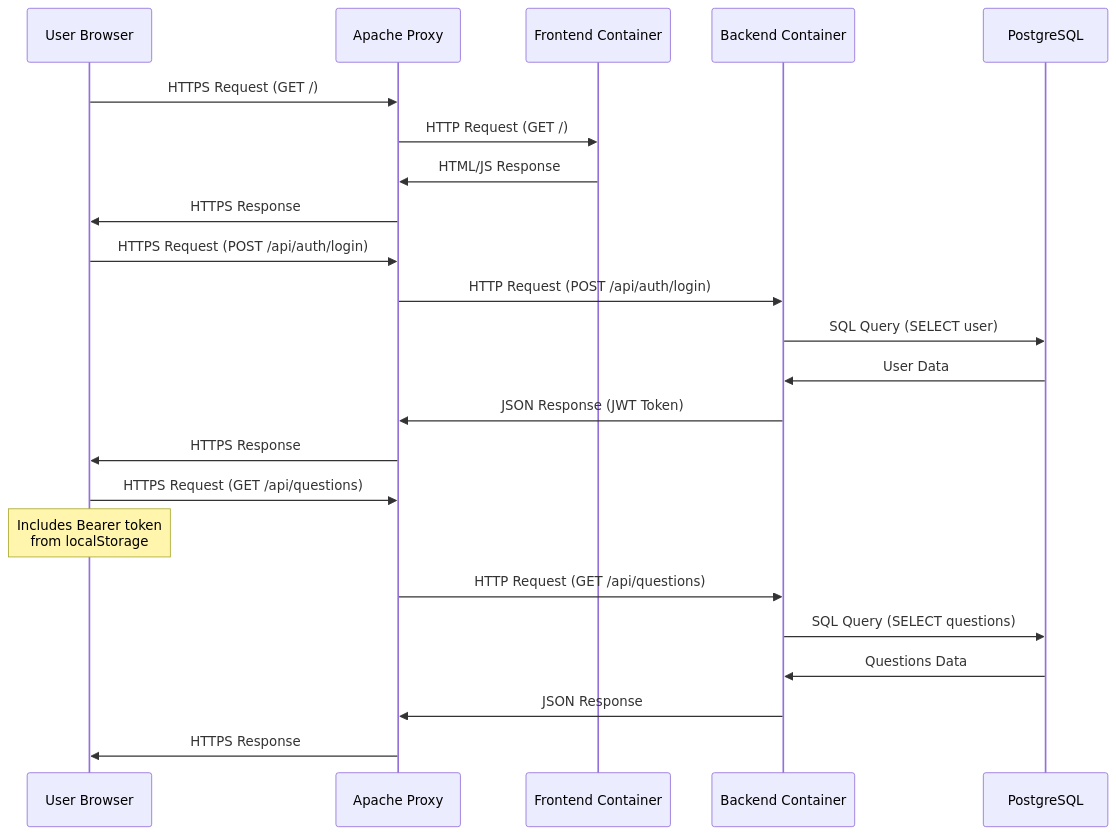
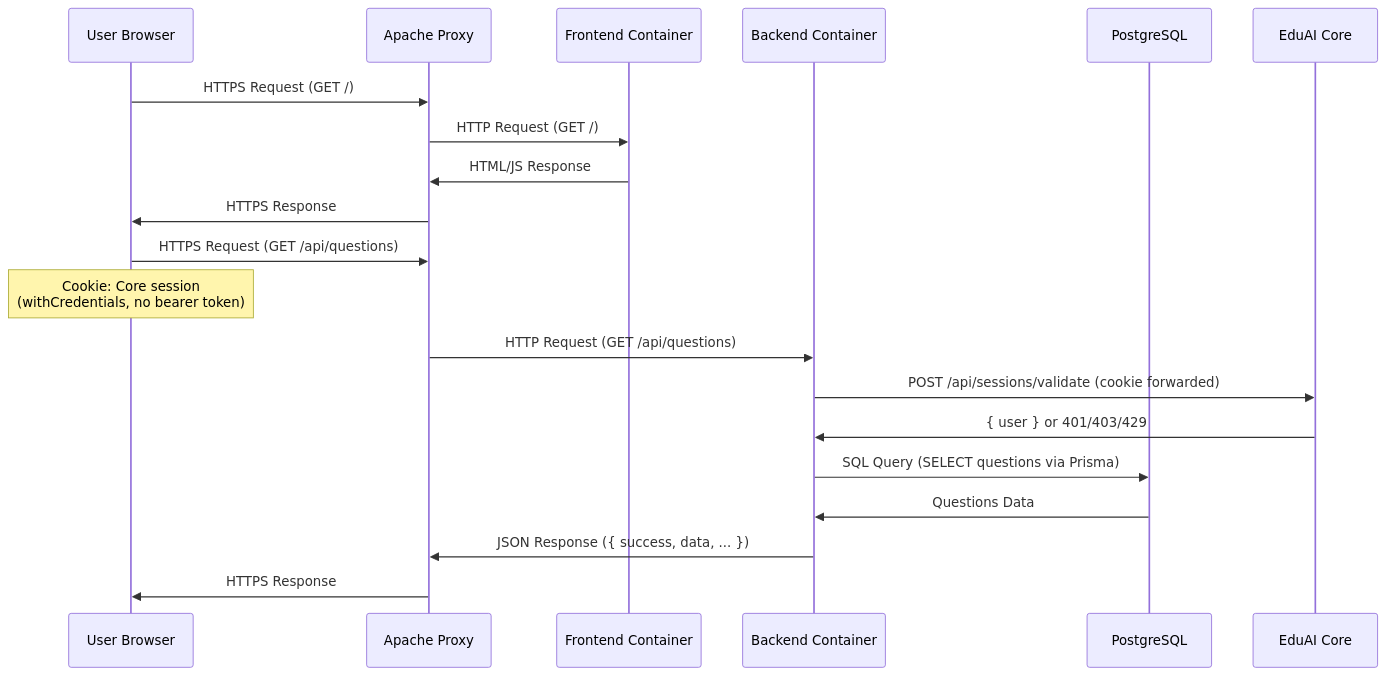
One commit to EduAI-Lab/EduAI changed the second of 2 diagrams in apps/extensions/question-maker/docs/ARCHITECTURE.md. Above: the diagram before and after it, drawn with Mermaid. The commit also changed other lines of this file and 17 other files, not shown here.

````diff
--- a/apps/extensions/question-maker/docs/ARCHITECTURE.md
+++ b/apps/extensions/question-maker/docs/ARCHITECTURE.md
@@ -366,31 +406,27 @@
 ```mermaid
 sequenceDiagram
     participant U as User Browser
     participant A as Apache Proxy
     participant F as Frontend Container
     participant B as Backend Container
     participant D as PostgreSQL
     
     %% Page Load
     U->>A: HTTPS Request (GET /)
     A->>F: HTTP Request (GET /)
     F->>A: HTML/JS Response
     A->>U: HTTPS Response
     
-    %% API Call (from browser JavaScript)
-    U->>A: HTTPS Request (POST /api/auth/login)
-    A->>B: HTTP Request (POST /api/auth/login)
-    B->>D: SQL Query (SELECT user)
-    D->>B: User Data
-    B->>A: JSON Response (JWT Token)
-    A->>U: HTTPS Response
-    
-    %% Subsequent API Requests
+    %% API Call (from browser JavaScript) — the browser already holds a
+    %% Core session cookie; there is no login POST to this application.
     U->>A: HTTPS Request (GET /api/questions)
-    Note over U: Includes Bearer token<br/>from localStorage
+    Note over U: Cookie: Core session<br/>(withCredentials, no bearer token)
     A->>B: HTTP Request (GET /api/questions)
-    B->>D: SQL Query (SELECT questions)
+    participant C as EduAI Core
+    B->>C: POST /api/sessions/validate (cookie forwarded)
+    C->>B: { user } or 401/403/429
+    B->>D: SQL Query (SELECT questions via Prisma)
     D->>B: Questions Data
-    B->>A: JSON Response
+    B->>A: JSON Response ({ success, data, ... })
     A->>U: HTTPS Response
 ```
````
